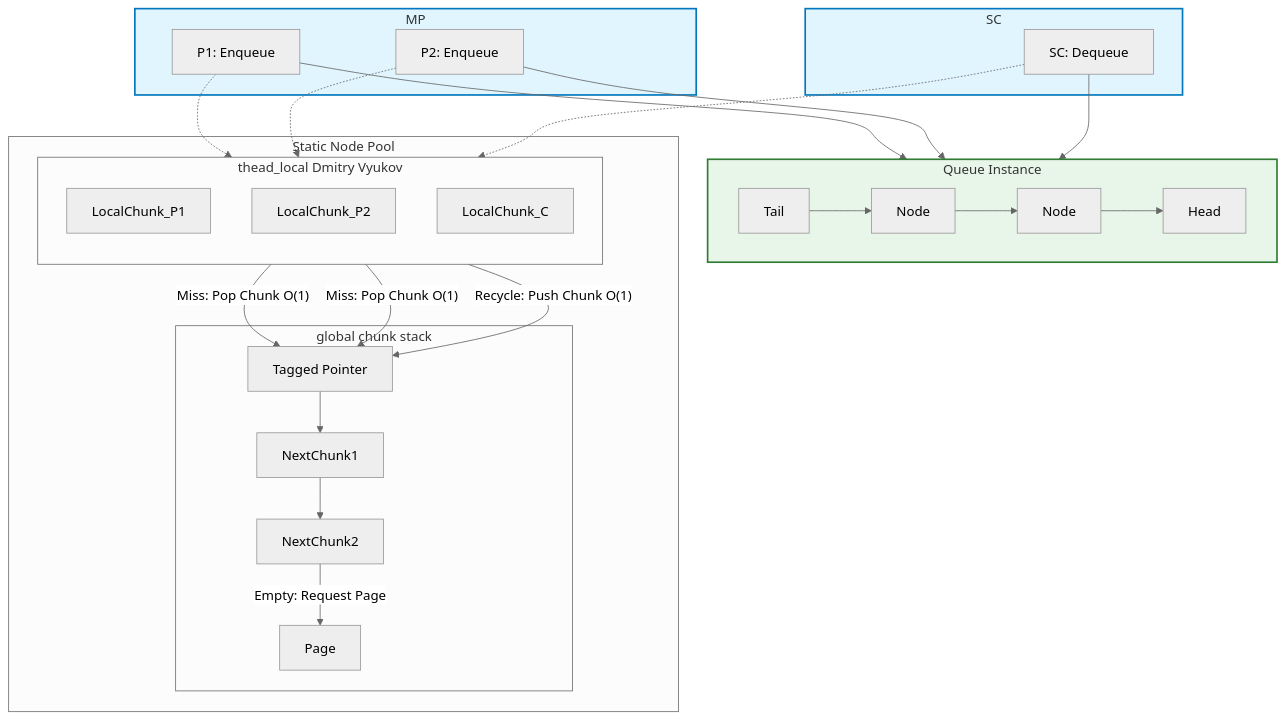
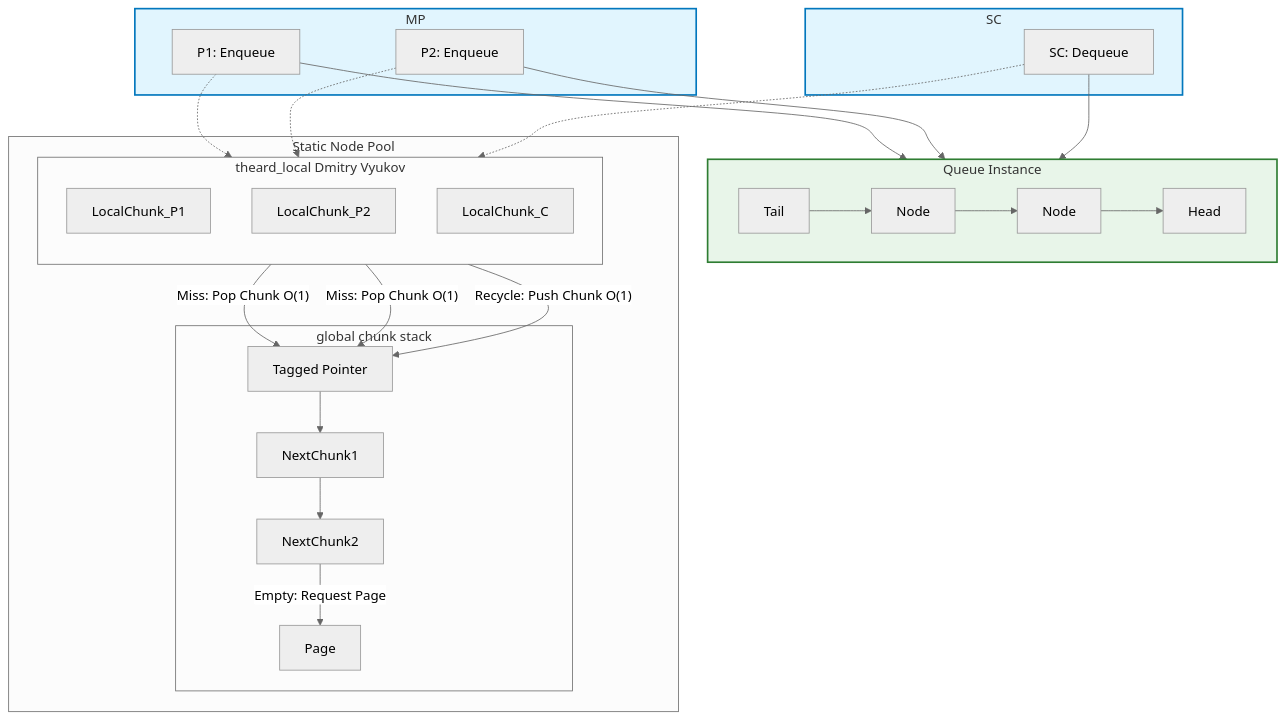
The diagram in README.md (dakingffo/MPSC_queue), drawn with Mermaid (neutral theme) before and after one commit. The commit also changed other lines of this file and 2 other files, not shown here.

Commit message:
Enhance noexcept.

````diff
--- a/README.md
+++ b/README.md
@@ -27,59 +27,59 @@
 ```mermaid
 flowchart TD
     classDef THREAD fill:#e1f5fe,stroke:#0277bd,stroke-width:2px;
     classDef GLOBAL fill:#ffecb3,stroke:#ff6f00,stroke-width:2px;
     classDef QUEUE fill:#e8f5e9,stroke:#2e7d32,stroke-width:2px;
 
     subgraph PRODUCERS [MP]
         P1[P1: Enqueue]
         P2[P2: Enqueue]
     end
     class PRODUCERS THREAD
 
     subgraph CONSUMER [SC]
         C[SC: Dequeue]
     end
     class CONSUMER THREAD
 
     subgraph MPSC_QUEUE [Queue Instance]
         direction LR
         Head
         Tail
         Tail --> NodeA[Node]
         NodeA --> NodeB[Node]
         NodeB --> Head
     end
     class MPSC_QUEUE QUEUE
 
     subgraph THREAD_LOCAL_NODE_POOL [Static Node Pool]
-        subgraph THREAD_LOCAL_CACHE [thead_local Dmitry Vyukov]
+        subgraph THREAD_LOCAL_CACHE [theard_local Dmitry Vyukov]
             direction TB
             LocalChunk_P1
             LocalChunk_P2
             LocalChunk_C
         end
 
         subgraph GLOBAL_NODE_POOL [global chunk stack]
             GlobalStackTop[Tagged Pointer]
             GlobalMutex[Page]
             NextChunk1
             NextChunk2
         end
     end
     class NODE_ALLOCATOR GLOBAL
 
     P1 --> Head
     P2 --> Head
     C --> Tail
 
     P1 -.-> LocalChunk_P1
     LocalChunk_P1 -- "Miss: Pop Chunk O(1)" -->GlobalStackTop
     P2 -.-> LocalChunk_P2
     LocalChunk_P2 -- "Miss: Pop Chunk O(1)" --> GlobalStackTop
     C -.-> LocalChunk_C
     LocalChunk_C -- "Recycle: Push Chunk O(1)" --> GlobalStackTop
     
     GlobalStackTop --> NextChunk1
     NextChunk1 --> NextChunk2
     NextChunk2 -- "Empty: Request Page" --> GlobalMutex
 ```
````
